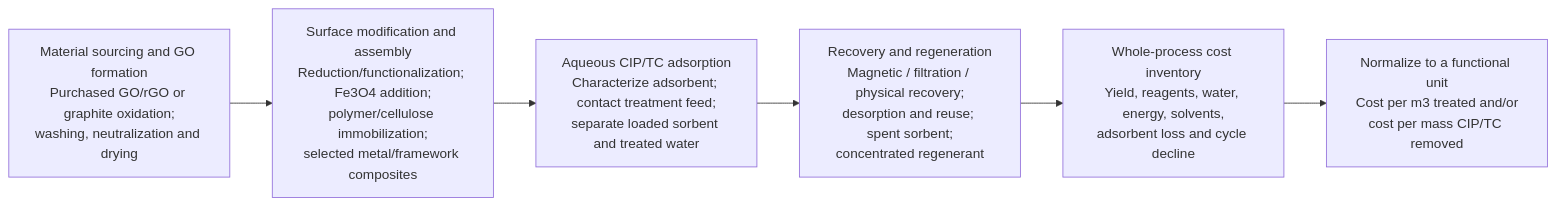
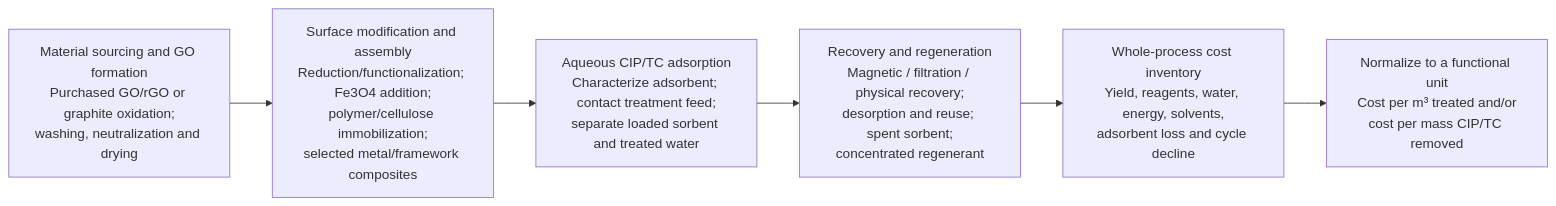
Before and after one commit to zaidkhan005/reviewAdsorbants: the third of 5 diagrams in manuscript/SEMESTER_MANUSCRIPT_ASSEMBLED_SOURCE_V2.md, drawn with Mermaid. The commit also changed other lines of this file, not shown here.

Commit message:
Proofread manuscript prose and improve study-paragraph flow

````diff
--- a/manuscript/SEMESTER_MANUSCRIPT_ASSEMBLED_SOURCE_V2.md
+++ b/manuscript/SEMESTER_MANUSCRIPT_ASSEMBLED_SOURCE_V2.md
@@ -209,9 +218,9 @@
 ```mermaid
 flowchart LR
   A["Material sourcing and GO formation<br/>Purchased GO/rGO or graphite oxidation;<br/>washing, neutralization and drying"] -->
   B["Surface modification and assembly<br/>Reduction/functionalization; Fe3O4 addition;<br/>polymer/cellulose immobilization;<br/>selected metal/framework composites"] -->
   C["Aqueous CIP/TC adsorption<br/>Characterize adsorbent; contact treatment feed;<br/>separate loaded sorbent and treated water"] -->
   D["Recovery and regeneration<br/>Magnetic / filtration / physical recovery;<br/>desorption and reuse; spent sorbent;<br/>concentrated regenerant"] -->
   E["Whole-process cost inventory<br/>Yield, reagents, water, energy, solvents,<br/>adsorbent loss and cycle decline"] -->
-  F["Normalize to a functional unit<br/>Cost per m3 treated and/or<br/>cost per mass CIP/TC removed"]
+  F["Normalize to a functional unit<br/>Cost per m³ treated and/or<br/>cost per mass CIP/TC removed"]
 ```
````
